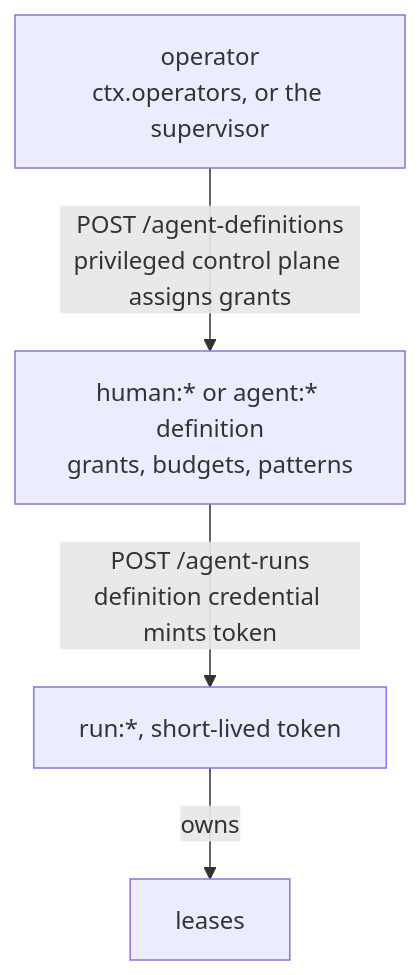
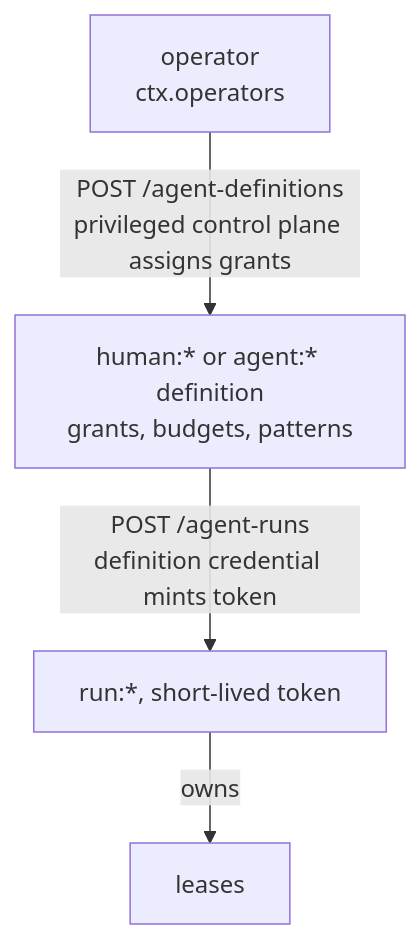
One commit to wistrand/radia changed the first of 5 diagrams in agent_docs/design-auth.md. Above: the diagram before and after it, drawn with Mermaid. The commit also changed other lines of this file and 11 other files, not shown here.

````diff
--- a/agent_docs/design-auth.md
+++ b/agent_docs/design-auth.md
@@ -236,6 +245,6 @@
 ```mermaid
 flowchart TB
     H[human:* or agent:* definition<br/>grants, budgets, patterns] -->|POST /agent-runs<br/>definition credential mints token| R[run:*, short-lived token]
-    O[operator<br/>ctx.operators, or the supervisor] -->|POST /agent-definitions<br/>privileged control plane assigns grants| H
+    O[operator<br/>ctx.operators] -->|POST /agent-definitions<br/>privileged control plane assigns grants| H
     R -->|owns| L[leases]
 ```
````
